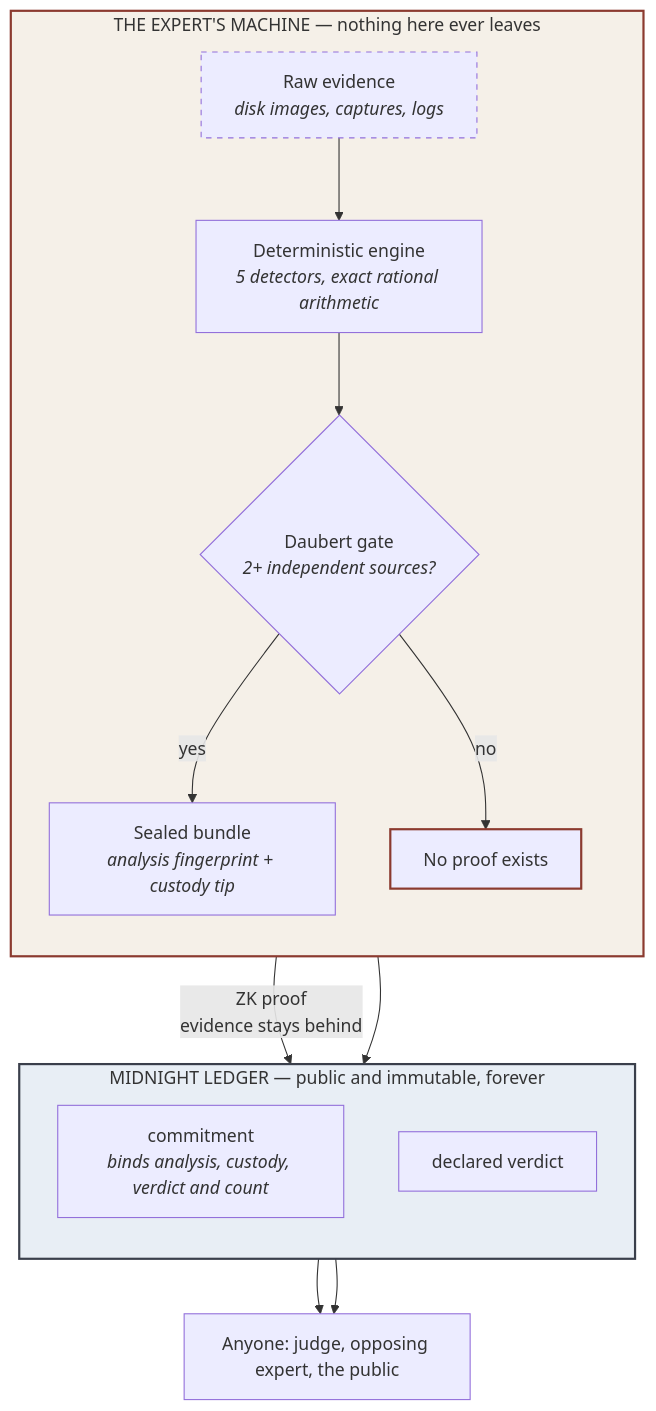
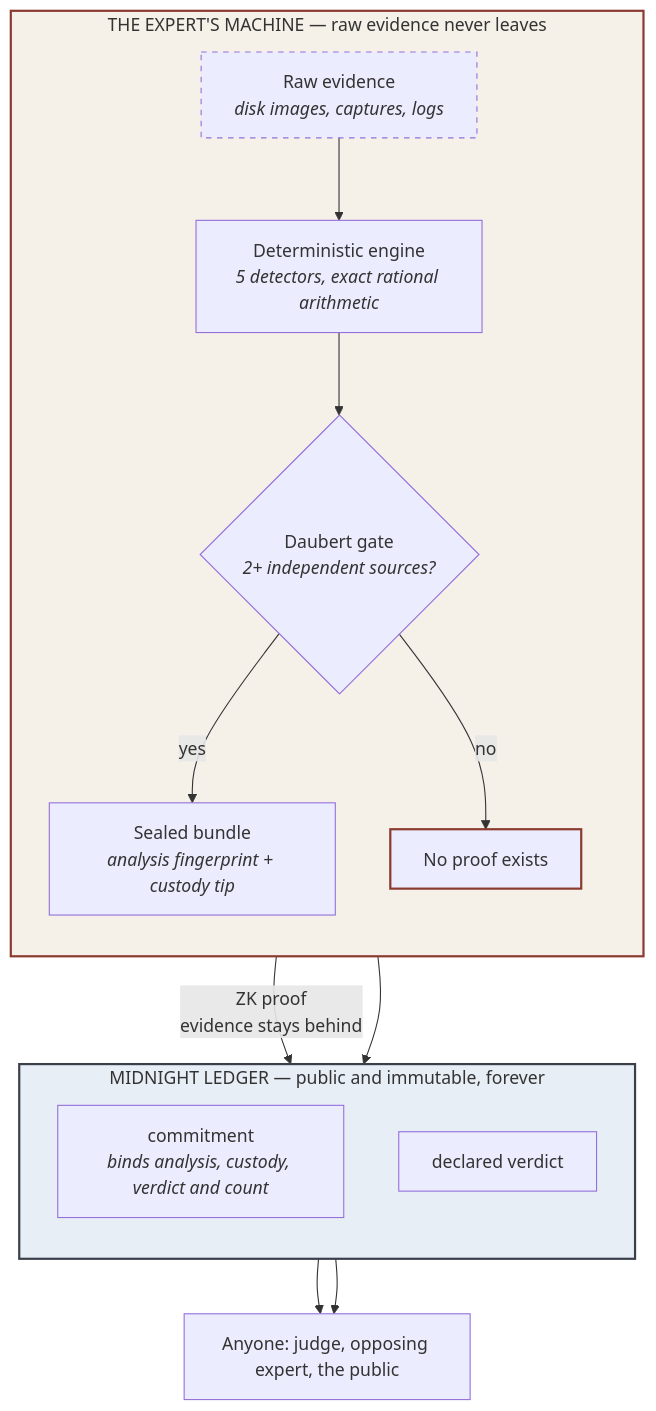
Before and after one commit to annatchijova/velo: the diagram in README.md, drawn with Mermaid. The commit also changed other lines of this file and 4 other files, not shown here.

First line of the commit message:
Red team round 2: promise-vs-guarantee audit against README/ARCHITECTURE claims

````diff
--- a/README.md
+++ b/README.md
@@ -37,33 +41,33 @@
 ```mermaid
 flowchart TB
-    subgraph local["THE EXPERT'S MACHINE — nothing here ever leaves"]
+    subgraph local["THE EXPERT'S MACHINE — raw evidence never leaves"]
         direction TB
         EV["Raw evidence<br/><i>disk images, captures, logs</i>"]
         ENG["Deterministic engine<br/><i>5 detectors, exact rational arithmetic</i>"]
         GATE{"Daubert gate<br/><i>2+ independent sources?</i>"}
         SEAL["Sealed bundle<br/><i>analysis fingerprint + custody tip</i>"]
         NOPROOF["No proof exists"]
 
         EV --> ENG --> GATE
         GATE -->|"yes"| SEAL
         GATE -->|"no"| NOPROOF
     end
 
     subgraph chain["MIDNIGHT LEDGER — public and immutable, forever"]
         direction TB
         COMMIT["commitment<br/><i>binds analysis, custody, verdict and count</i>"]
         VERDICT["declared verdict"]
     end
 
     SEAL -->|"ZK proof<br/>evidence stays behind"| COMMIT
     SEAL --> VERDICT
 
     ANYONE["Anyone: judge, opposing expert, the public"]
     COMMIT --> ANYONE
     VERDICT --> ANYONE
 
     style local fill:#f5f0e8,stroke:#8B3A2F,stroke-width:2px
     style chain fill:#e8eef5,stroke:#3A3F4B,stroke-width:2px
     style NOPROOF stroke:#8B3A2F,stroke-width:2px
     style EV stroke-dasharray: 5 5
 ```
````
